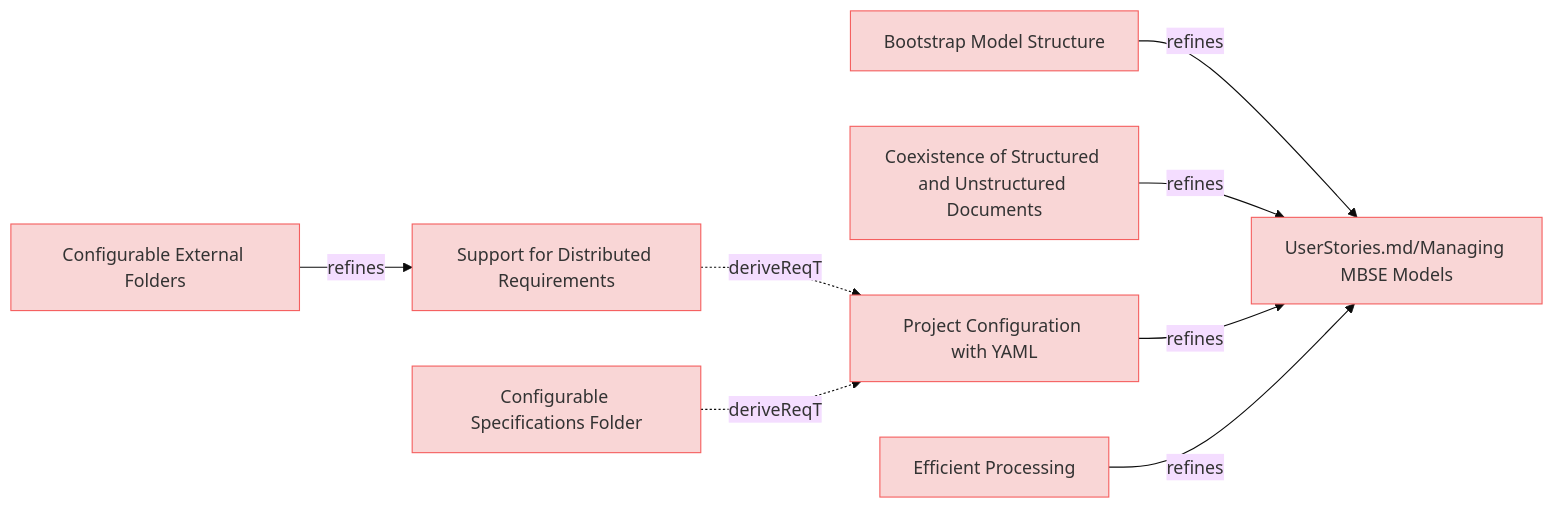
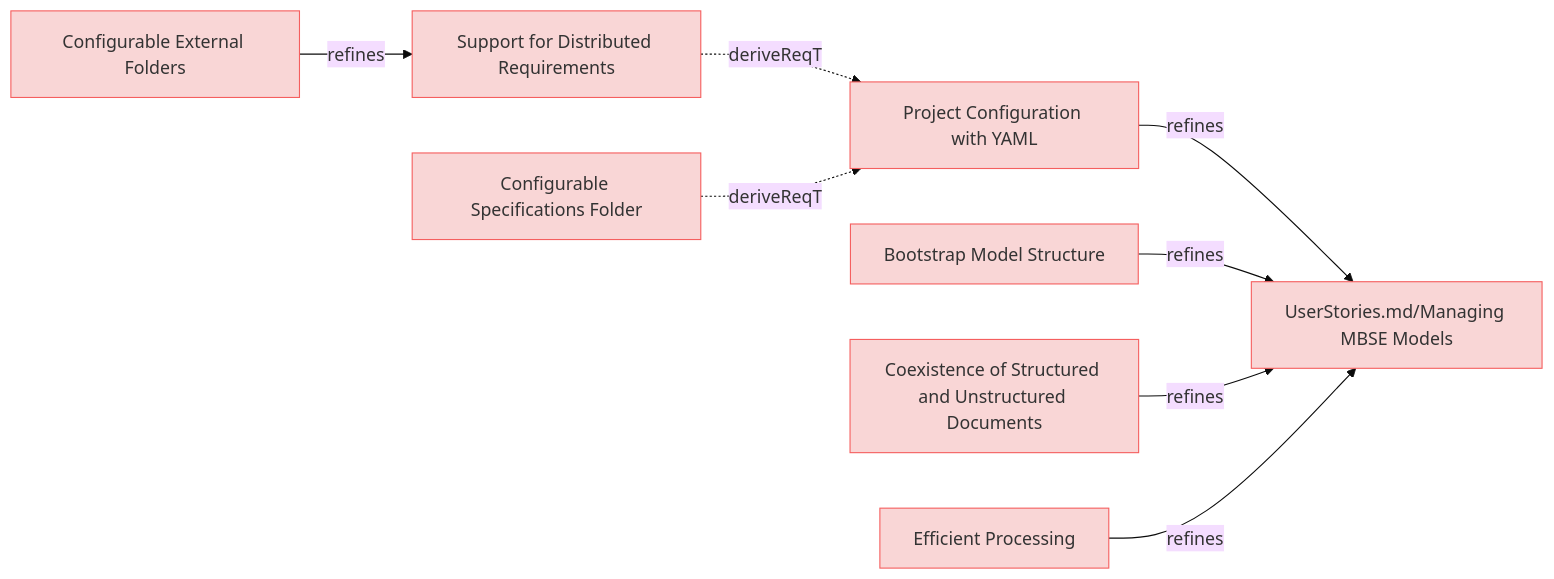
One commit to reqvire-org/reqvire changed the diagram in specifications/ManagingMbseModelsRequirements.md. Above: the diagram before and after it, drawn with Mermaid (base theme). The commit also changed 17 other files, not shown here.

First line of the commit message:
Enhance diagram links with stable git repository URLs

````diff
--- a/specifications/ManagingMbseModelsRequirements.md
+++ b/specifications/ManagingMbseModelsRequirements.md
@@ -4,40 +4,40 @@
 ```mermaid
 graph LR;
   %% Graph styling
   classDef requirement fill:#f9d6d6,stroke:#f55f5f,stroke-width:1px;
   classDef verification fill:#d6f9d6,stroke:#5fd75f,stroke-width:1px;
   classDef externalLink fill:#d0e0ff,stroke:#3080ff,stroke-width:1px;
   classDef default fill:#f5f5f5,stroke:#333333,stroke-width:1px;
 
-  96bbd81f5cefdfd4["Bootstrap Model Structure"];
-  click 96bbd81f5cefdfd4 "ManagingMbseModelsRequirements.md#bootstrap-model-structure";
-  class 96bbd81f5cefdfd4 requirement;
+  a5483b08d4e8d960["Configurable External Folders"];
+  click a5483b08d4e8d960 "https://github.com/ilijaljubicic/ReqFlow/blob/a94231473c9a4a56fe21608ebd13787e0cc3f2dc/specifications/ManagingMbseModelsRequirements.md#configurable-external-folders";
+  class a5483b08d4e8d960 requirement;
+  e7286123b1b97862["Support for Distributed Requirements"];
+  class e7286123b1b97862 requirement;
+  click e7286123b1b97862 "https://github.com/ilijaljubicic/ReqFlow/blob/a94231473c9a4a56fe21608ebd13787e0cc3f2dc/specifications/ManagingMbseModelsRequirements.md#support-for-distributed-requirements";
+  a5483b08d4e8d960 -->|refines| e7286123b1b97862;
+  ce24dbacb9646f3b["Project Configuration with YAML"];
+  click ce24dbacb9646f3b "https://github.com/ilijaljubicic/ReqFlow/blob/a94231473c9a4a56fe21608ebd13787e0cc3f2dc/specifications/ManagingMbseModelsRequirements.md#project-configuration-with-yaml";
+  class ce24dbacb9646f3b requirement;
   852dea6cfecb47f5["UserStories.md/Managing MBSE Models"];
   class 852dea6cfecb47f5 requirement;
-  click 852dea6cfecb47f5 "UserStories.md#managing-mbse-models";
+  click 852dea6cfecb47f5 "https://github.com/ilijaljubicic/ReqFlow/blob/a94231473c9a4a56fe21608ebd13787e0cc3f2dc/specifications/UserStories.md#managing-mbse-models";
+  ce24dbacb9646f3b -->|refines| 852dea6cfecb47f5;
+  96bbd81f5cefdfd4["Bootstrap Model Structure"];
+  click 96bbd81f5cefdfd4 "https://github.com/ilijaljubicic/ReqFlow/blob/a94231473c9a4a56fe21608ebd13787e0cc3f2dc/specifications/ManagingMbseModelsRequirements.md#bootstrap-model-structure";
+  class 96bbd81f5cefdfd4 requirement;
   96bbd81f5cefdfd4 -->|refines| 852dea6cfecb47f5;
-  e7286123b1b97862["Support for Distributed Requirements"];
-  click e7286123b1b97862 "ManagingMbseModelsRequirements.md#support-for-distributed-requirements";
-  class e7286123b1b97862 requirement;
-  ce24dbacb9646f3b["Project Configuration with YAML"];
-  class ce24dbacb9646f3b requirement;
-  click ce24dbacb9646f3b "ManagingMbseModelsRequirements.md#project-configuration-with-yaml";
-  e7286123b1b97862 -.->|deriveReqT| ce24dbacb9646f3b;
   daadd8e583647e4f["Coexistence of Structured and Unstructured Documents"];
-  click daadd8e583647e4f "ManagingMbseModelsRequirements.md#coexistence-of-structured-and-unstructured-documents";
+  click daadd8e583647e4f "https://github.com/ilijaljubicic/ReqFlow/blob/a94231473c9a4a56fe21608ebd13787e0cc3f2dc/specifications/ManagingMbseModelsRequirements.md#coexistence-of-structured-and-unstructured-documents";
   class daadd8e583647e4f requirement;
   daadd8e583647e4f -->|refines| 852dea6cfecb47f5;
-  ce24dbacb9646f3b -->|refines| 852dea6cfecb47f5;
+  e7286123b1b97862 -.->|deriveReqT| ce24dbacb9646f3b;
   21e4eb87cb55ea5e["Efficient Processing"];
-  click 21e4eb87cb55ea5e "ManagingMbseModelsRequirements.md#efficient-processing";
+  click 21e4eb87cb55ea5e "https://github.com/ilijaljubicic/ReqFlow/blob/a94231473c9a4a56fe21608ebd13787e0cc3f2dc/specifications/ManagingMbseModelsRequirements.md#efficient-processing";
   class 21e4eb87cb55ea5e requirement;
   21e4eb87cb55ea5e -->|refines| 852dea6cfecb47f5;
   61be4a1815b94bfd["Configurable Specifications Folder"];
-  click 61be4a1815b94bfd "ManagingMbseModelsRequirements.md#configurable-specifications-folder";
+  click 61be4a1815b94bfd "https://github.com/ilijaljubicic/ReqFlow/blob/a94231473c9a4a56fe21608ebd13787e0cc3f2dc/specifications/ManagingMbseModelsRequirements.md#configurable-specifications-folder";
   class 61be4a1815b94bfd requirement;
   61be4a1815b94bfd -.->|deriveReqT| ce24dbacb9646f3b;
-  a5483b08d4e8d960["Configurable External Folders"];
-  click a5483b08d4e8d960 "ManagingMbseModelsRequirements.md#configurable-external-folders";
-  class a5483b08d4e8d960 requirement;
-  a5483b08d4e8d960 -->|refines| e7286123b1b97862;
 ```
````
